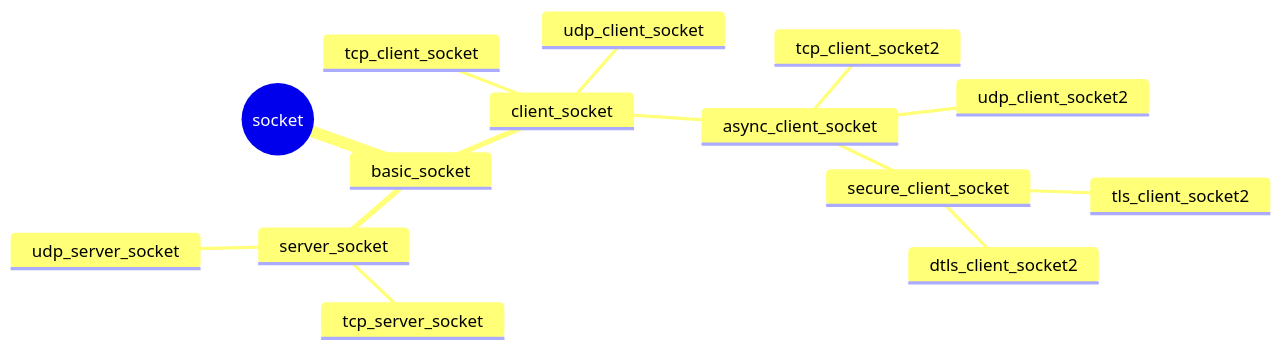
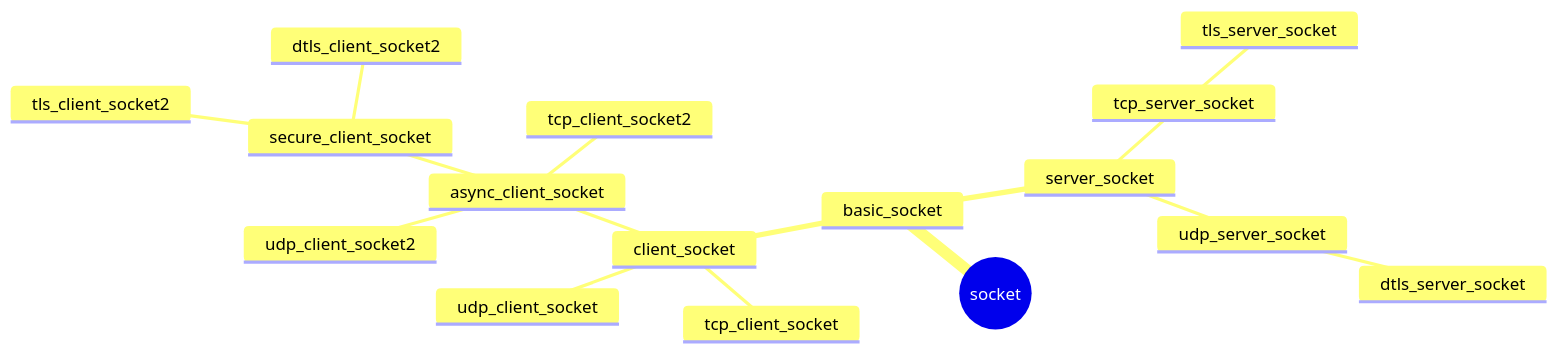
The diagram in sdk/net/basic/README.md (princeb612/hotplace), drawn with Mermaid before and after one commit. The commit also changed 30 other files, not shown here.

````diff
--- a/sdk/net/basic/README.md
+++ b/sdk/net/basic/README.md
@@ -3,17 +3,19 @@
 ```mermaid
 mindmap
   root((socket))
     basic_socket
       client_socket
         tcp_client_socket
         udp_client_socket
         async_client_socket
           tcp_client_socket2
           udp_client_socket2
           secure_client_socket
             tls_client_socket2
             dtls_client_socket2
       server_socket
         tcp_server_socket
+          tls_server_socket
         udp_server_socket
+          dtls_server_socket
 ```
````
